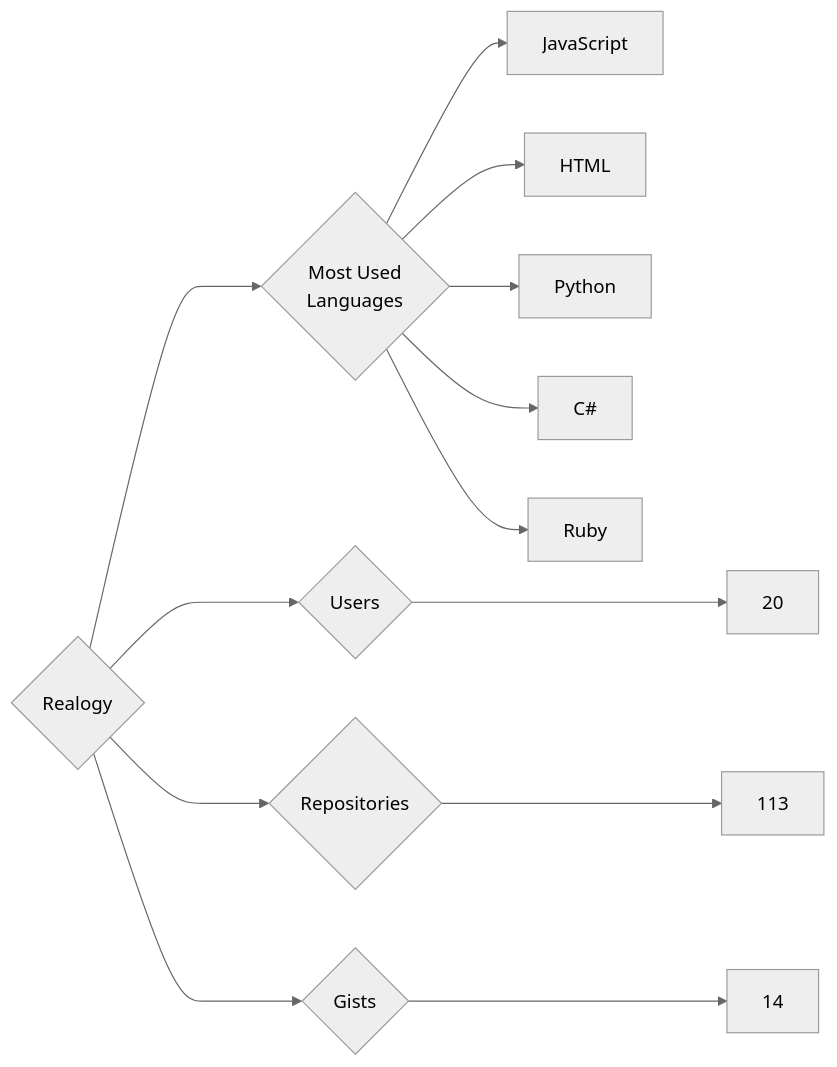
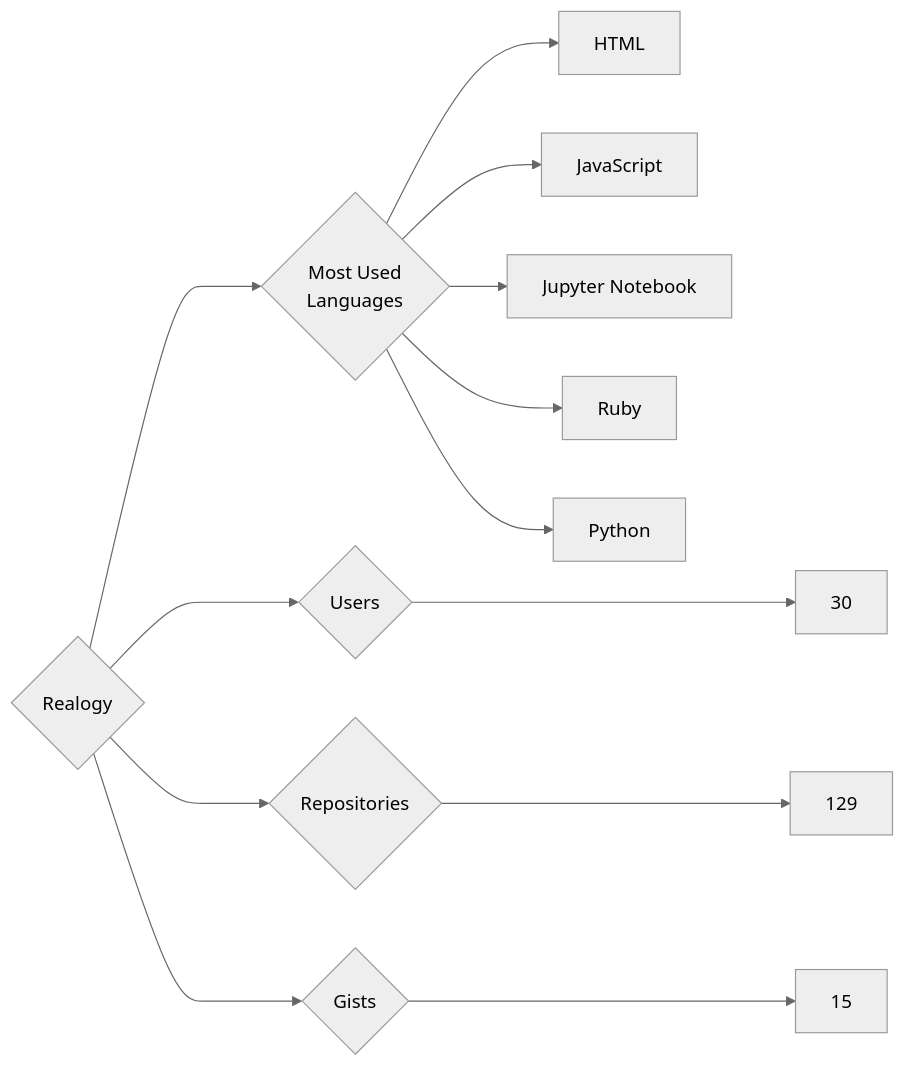
The diagram in targets/Realogy/README.md (trickest/insiders), drawn with Mermaid (neutral theme) before and after one commit. The commit also changed 948 other files, not shown here.

````diff
--- a/targets/Realogy/README.md
+++ b/targets/Realogy/README.md
@@ -3,13 +3,13 @@
 ```mermaid
 graph LR
 COMPANY_NAME{Realogy}
-COMPANY_NAME ---> U{Users} ---> UN[20]
-COMPANY_NAME ---> R{Repositories} ---> RN[113]
-COMPANY_NAME ---> G{Gists} ---> GN[14]
+COMPANY_NAME ---> U{Users} ---> UN[30]
+COMPANY_NAME ---> R{Repositories} ---> RN[129]
+COMPANY_NAME ---> G{Gists} ---> GN[15]
 COMPANY_NAME ---> ML{Most Used<br>Languages}
+ML --> HTML[HTML]
 ML --> JavaScript[JavaScript]
-ML --> HTML[HTML]
+ML --> Jupyter_Notebook[Jupyter Notebook]
+ML --> Ruby[Ruby]
 ML --> Python[Python]
-ML --> C#[C#]
-ML --> Ruby[Ruby]
 ```
````
